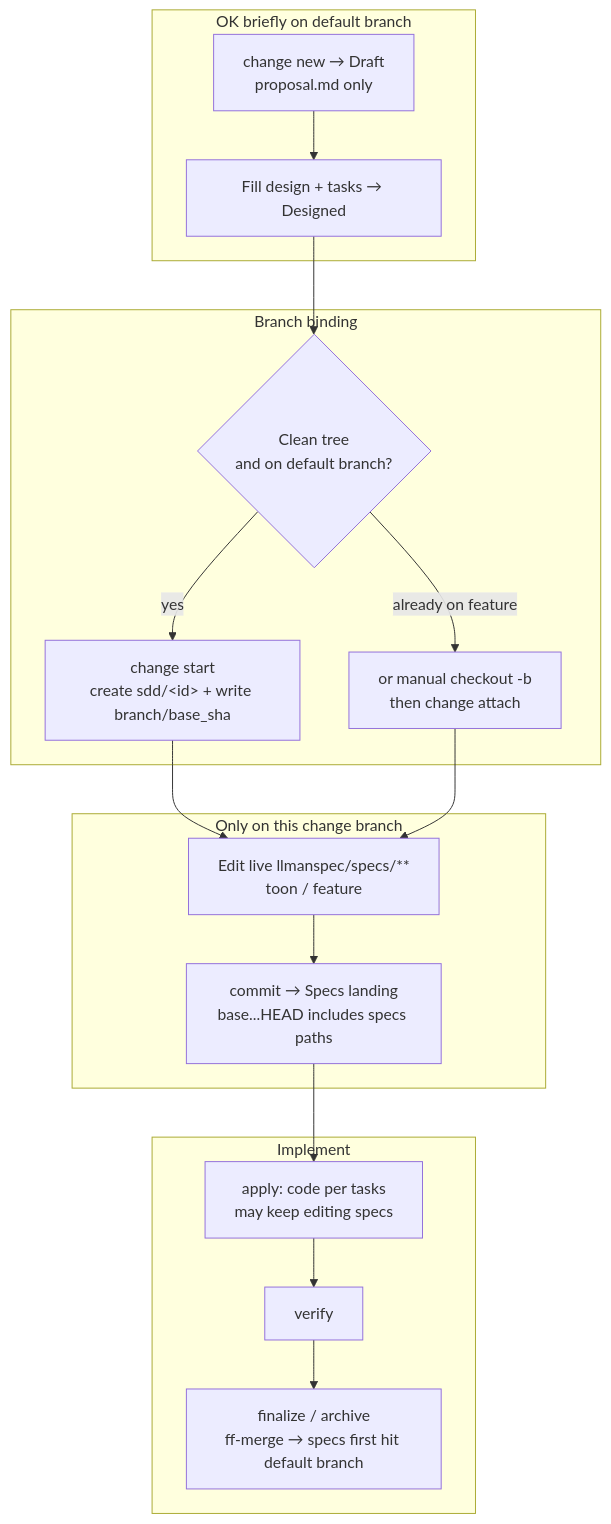
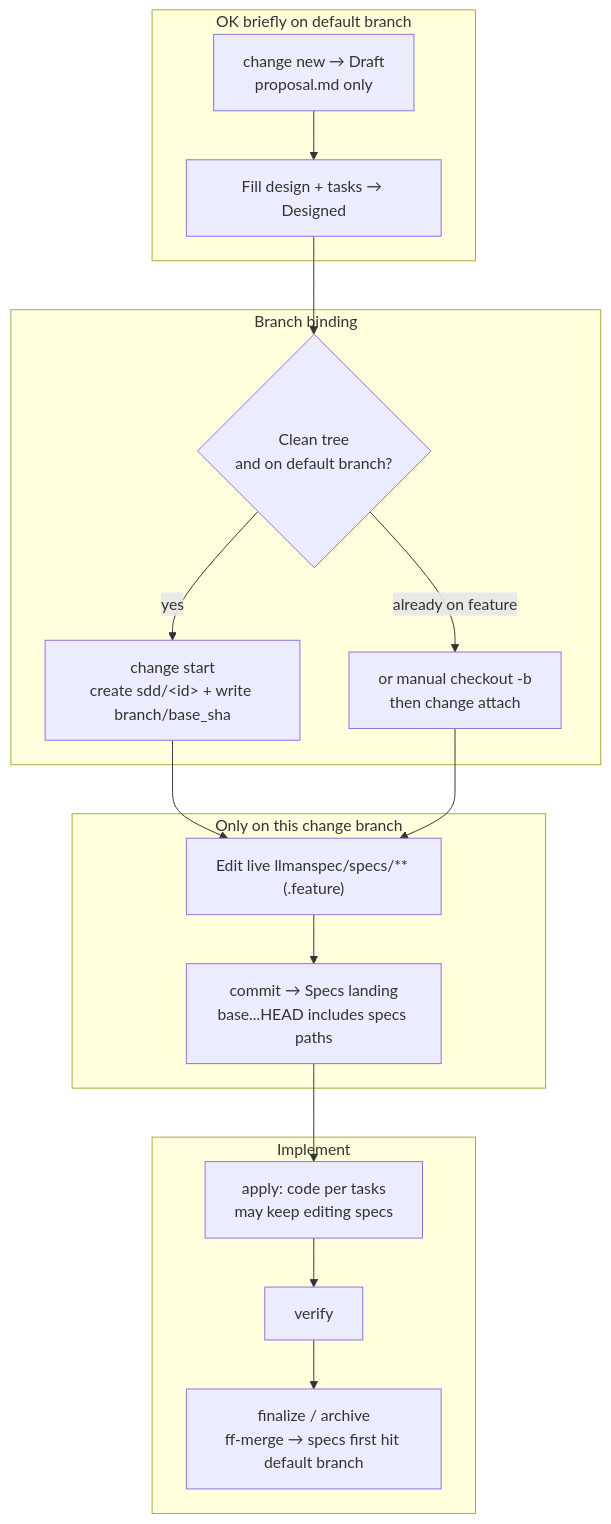
Before and after one commit to StrayDragon/llman: the diagram in templates/sdd/en/units/skills/git-native-flow.md, drawn with Mermaid. The commit also changed 57 other files, not shown here.

````diff
--- a/templates/sdd/en/units/skills/git-native-flow.md
+++ b/templates/sdd/en/units/skills/git-native-flow.md
@@ -5,29 +5,29 @@
 ```mermaid
 flowchart TB
   subgraph main_ok["OK briefly on default branch"]
     A["change new → Draft<br/>proposal.md only"]
     B["Fill design + tasks → Designed"]
   end
 
   subgraph gate_start["Branch binding"]
     C{"Clean tree<br/>and on default branch?"}
     D["change start<br/>create sdd/&lt;id&gt; + write branch/base_sha"]
     E["or manual checkout -b<br/>then change attach"]
   end
 
   subgraph specs_only["Only on this change branch"]
-    F["Edit live llmanspec/specs/**<br/>toon / feature"]
+    F["Edit live llmanspec/specs/** (.feature)"]
     G["commit → Specs landing<br/>base...HEAD includes specs paths"]
   end
 
   subgraph implement["Implement"]
     H["apply: code per tasks<br/>may keep editing specs"]
     I["verify"]
     J["finalize / archive<br/>ff-merge → specs first hit default branch"]
   end
 
   A --> B --> C
   C -->|yes| D --> F
   C -->|already on feature| E --> F
   F --> G --> H --> I --> J
 ```
````
